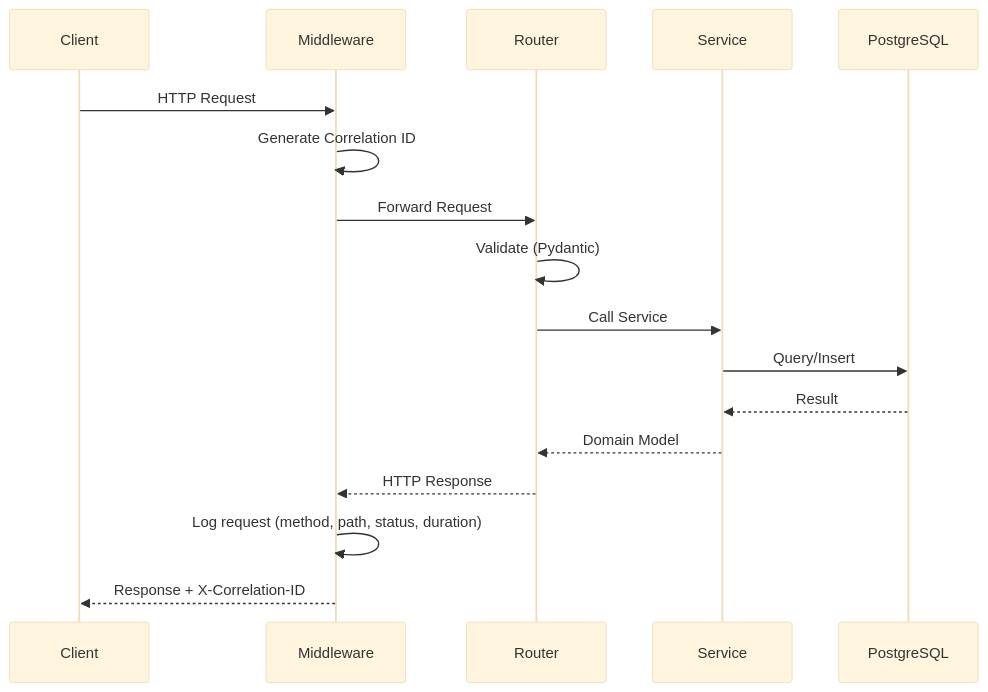
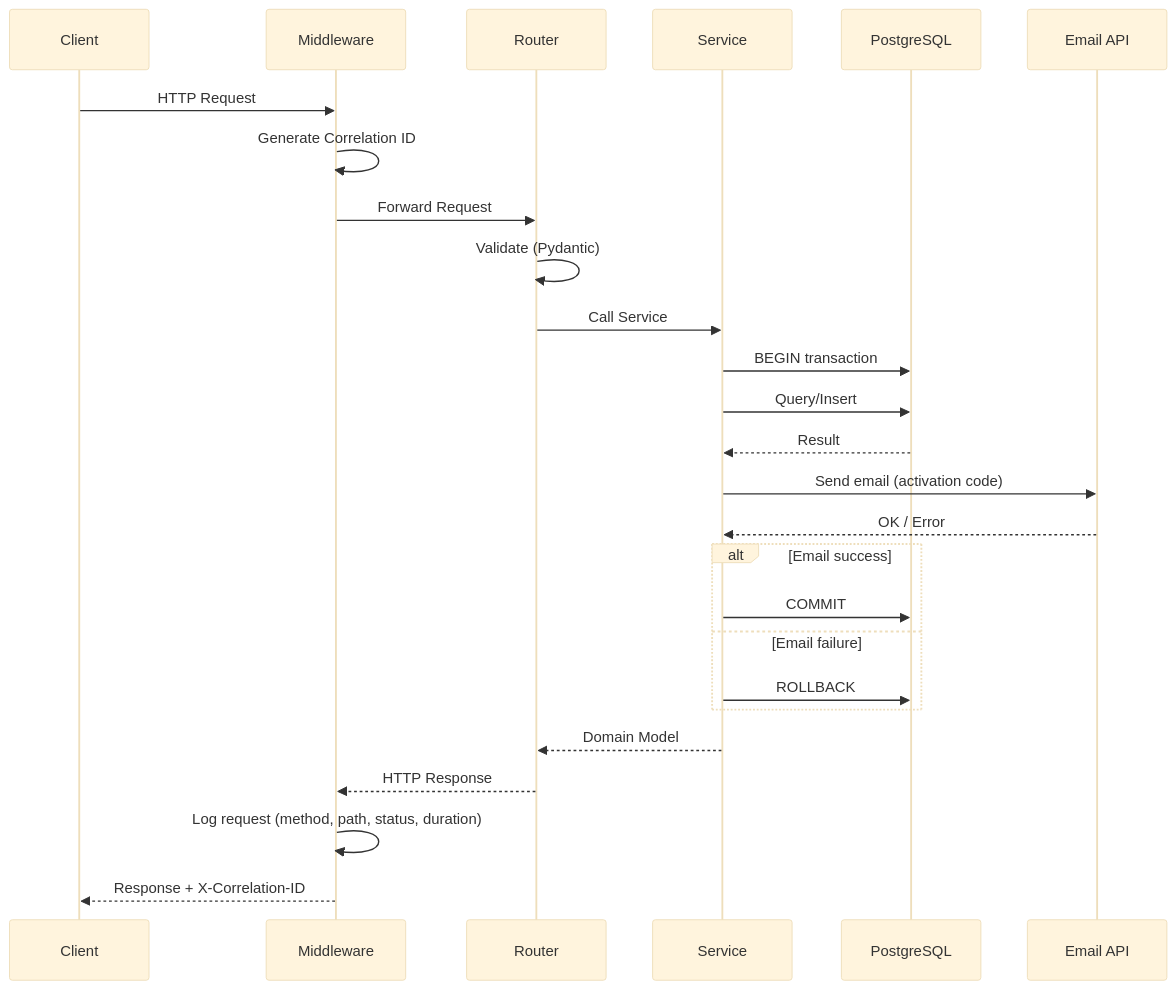
The second of 2 diagrams in ARCHITECTURE.md (ldelahaye/user_regitration_api), drawn with Mermaid (base theme) before and after one commit. The commit also changed other lines of this file and 28 other files, not shown here.

````diff
--- a/ARCHITECTURE.md
+++ b/ARCHITECTURE.md
@@ -65,20 +65,29 @@
 ```mermaid
 sequenceDiagram
     participant C as Client
     participant M as Middleware
     participant R as Router
     participant S as Service
     participant DB as PostgreSQL
+    participant E as Email API
 
     C->>M: HTTP Request
     M->>M: Generate Correlation ID
     M->>R: Forward Request
     R->>R: Validate (Pydantic)
     R->>S: Call Service
+    S->>DB: BEGIN transaction
     S->>DB: Query/Insert
     DB-->>S: Result
+    S->>E: Send email (activation code)
+    E-->>S: OK / Error
+    alt Email success
+        S->>DB: COMMIT
+    else Email failure
+        S->>DB: ROLLBACK
+    end
     S-->>R: Domain Model
     R-->>M: HTTP Response
     M->>M: Log request (method, path, status, duration)
     M-->>C: Response + X-Correlation-ID
 ```
````
